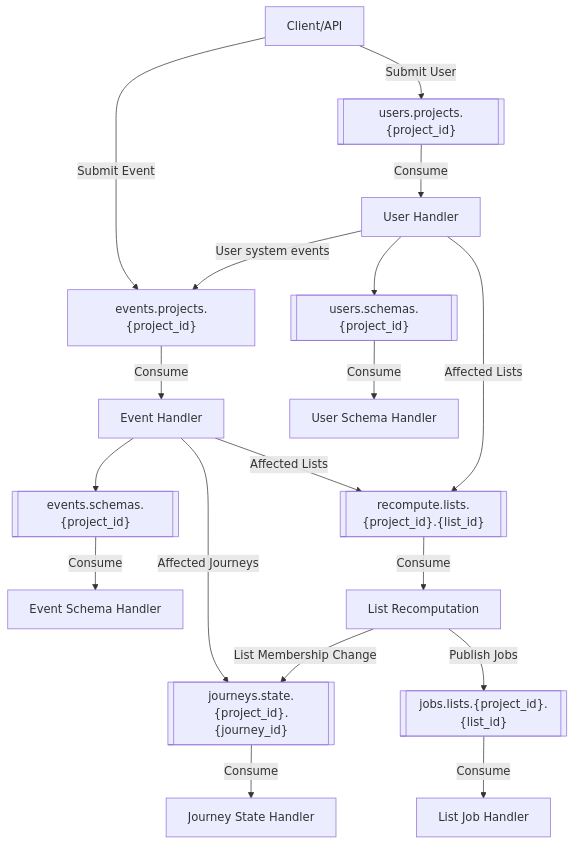
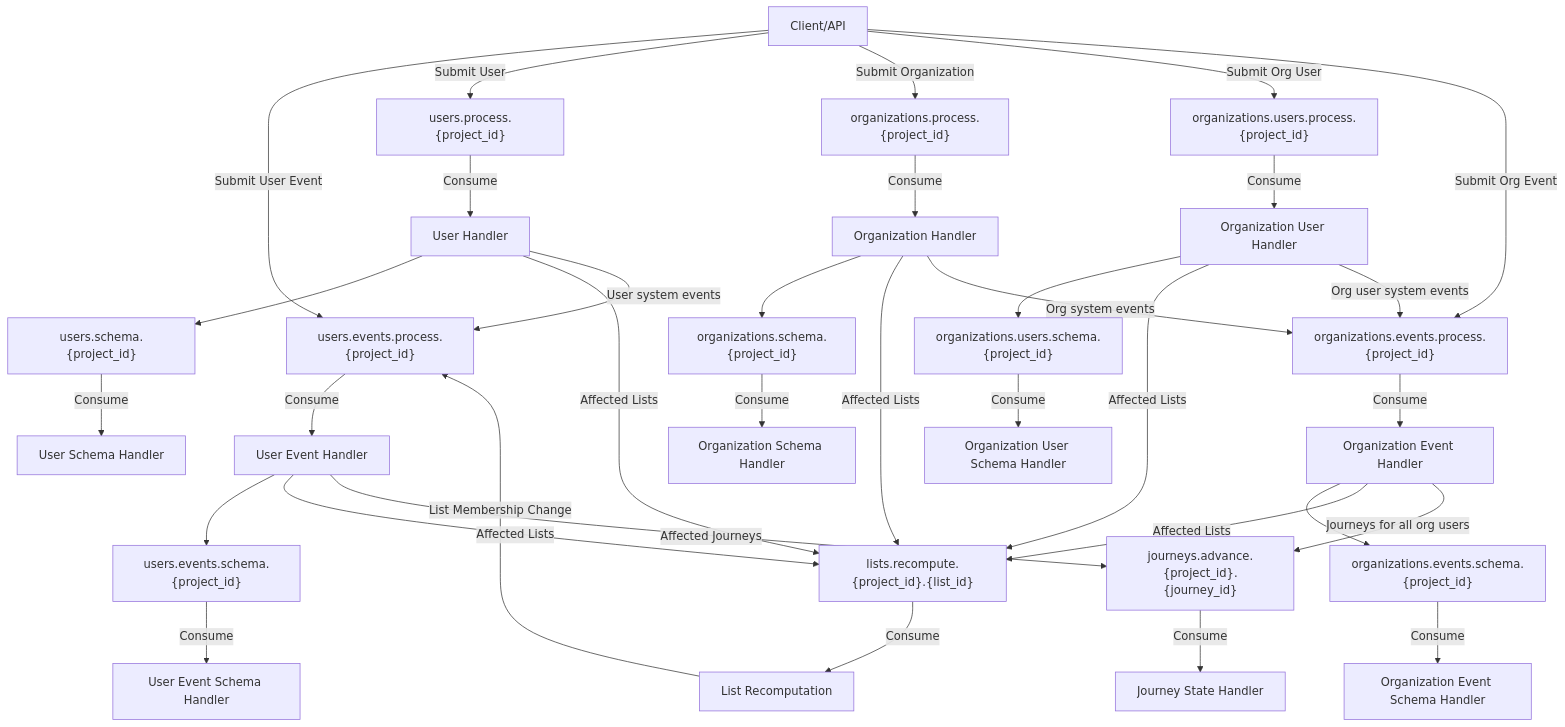
One commit to lunogram/platform changed the diagram in internal/pubsub/README.md. Above: the diagram before and after it, drawn with Mermaid. The commit also changed 24 other files, not shown here.

Commit message:
feat: include organization and organization event handlers

````diff
--- a/internal/pubsub/README.md
+++ b/internal/pubsub/README.md
@@ -11,33 +11,51 @@
 ```mermaid
 graph TB
-    Client[Client/API] -->|Submit Event| EventSubject["events.projects.{project_id}"]
-    Client -->|Submit User| UserSubject[["users.projects.{project_id}"]]
+    Client[Client/API] -->|Submit User Event| EventSubject["users.events.process.{project_id}"]
+    Client -->|Submit User| UserSubject["users.process.{project_id}"]
+    Client -->|Submit Organization| OrgSubject["organizations.process.{project_id}"]
+    Client -->|Submit Org User| OrgUserSubject["organizations.users.process.{project_id}"]
+    Client -->|Submit Org Event| OrgEventSubject["organizations.events.process.{project_id}"]
 
-    EventSubject -->|Consume| EventHandler["Event Handler"]
+    EventSubject -->|Consume| EventHandler["User Event Handler"]
     UserSubject -->|Consume| UserHandler["User Handler"]
+    OrgSubject -->|Consume| OrgHandler["Organization Handler"]
+    OrgUserSubject -->|Consume| OrgUserHandler["Organization User Handler"]
+    OrgEventSubject -->|Consume| OrgEventHandler["Organization Event Handler"]
 
     %% Schema publishing
-    EventHandler --> EventSchemaSubject[["events.schemas.{project_id}"]]
-    UserHandler --> UserSchemaSubject[["users.schemas.{project_id}"]]
+    EventHandler --> EventSchemaSubject["users.events.schema.{project_id}"]
+    UserHandler --> UserSchemaSubject["users.schema.{project_id}"]
+    OrgHandler --> OrgSchemaSubject["organizations.schema.{project_id}"]
+    OrgUserHandler --> OrgUserSchemaSubject["organizations.users.schema.{project_id}"]
+    OrgEventHandler --> OrgEventSchemaSubject["organizations.events.schema.{project_id}"]
 
-    %% Recompute triggers from events
-    EventHandler -->|Affected Lists| ListSubject[["recompute.lists.{project_id}.{list_id}"]]
-    EventHandler -->|Affected Journeys| JourneySubject[["journeys.state.{project_id}.{journey_id}"]]
+    %% Recompute triggers from user events
+    EventHandler -->|Affected Lists| ListSubject["lists.recompute.{project_id}.{list_id}"]
+    EventHandler -->|Affected Journeys| JourneySubject["journeys.advance.{project_id}.{journey_id}"]
 
     %% Recompute triggers from users
     UserHandler -->|Affected Lists| ListSubject
     UserHandler -->|User system events| EventSubject
 
+    %% Recompute triggers from organizations
+    OrgHandler -->|Affected Lists| ListSubject
+    OrgHandler -->|Org system events| OrgEventSubject
+    OrgUserHandler -->|Affected Lists| ListSubject
+    OrgUserHandler -->|Org user system events| OrgEventSubject
+
+    %% Recompute triggers from organization events
+    OrgEventHandler -->|Affected Lists| ListSubject
+    OrgEventHandler -->|Journeys for all org users| JourneySubject
+
     %% Schema handlers
-    EventSchemaSubject -->|Consume| EventSchemaHandler["Event Schema Handler"]
+    EventSchemaSubject -->|Consume| EventSchemaHandler["User Event Schema Handler"]
     UserSchemaSubject -->|Consume| UserSchemaHandler["User Schema Handler"]
+    OrgSchemaSubject -->|Consume| OrgSchemaHandler["Organization Schema Handler"]
+    OrgUserSchemaSubject -->|Consume| OrgUserSchemaHandler["Organization User Schema Handler"]
+    OrgEventSchemaSubject -->|Consume| OrgEventSchemaHandler["Organization Event Schema Handler"]
 
     ListSubject -->|Consume| ListRecompute["List Recomputation"]
-    JourneySubject -->|Consume| JourneyState["Journey State"]
+    JourneySubject -->|Consume| JourneyState["Journey State Handler"]
 
-    ListRecompute -->|Publish Jobs| ListJobSubject[["jobs.lists.{project_id}.{list_id}"]]
-    ListRecompute -->|List Membership Change| JourneySubject
-
-    ListJobSubject -->|Consume| ListJobHandler["List Job Handler"]
-    JourneyState["Journey State Handler"]
+    ListRecompute -->|List Membership Change| EventSubject
 ```
````
